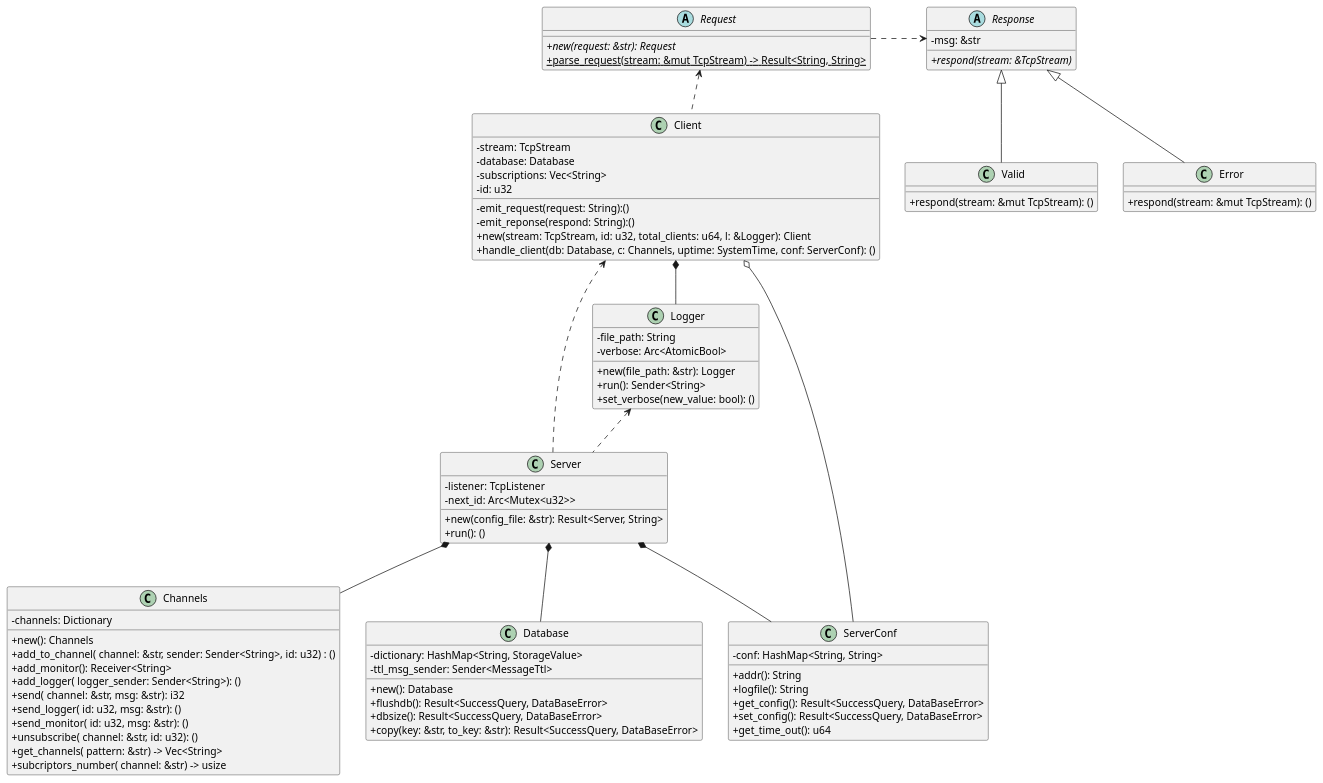
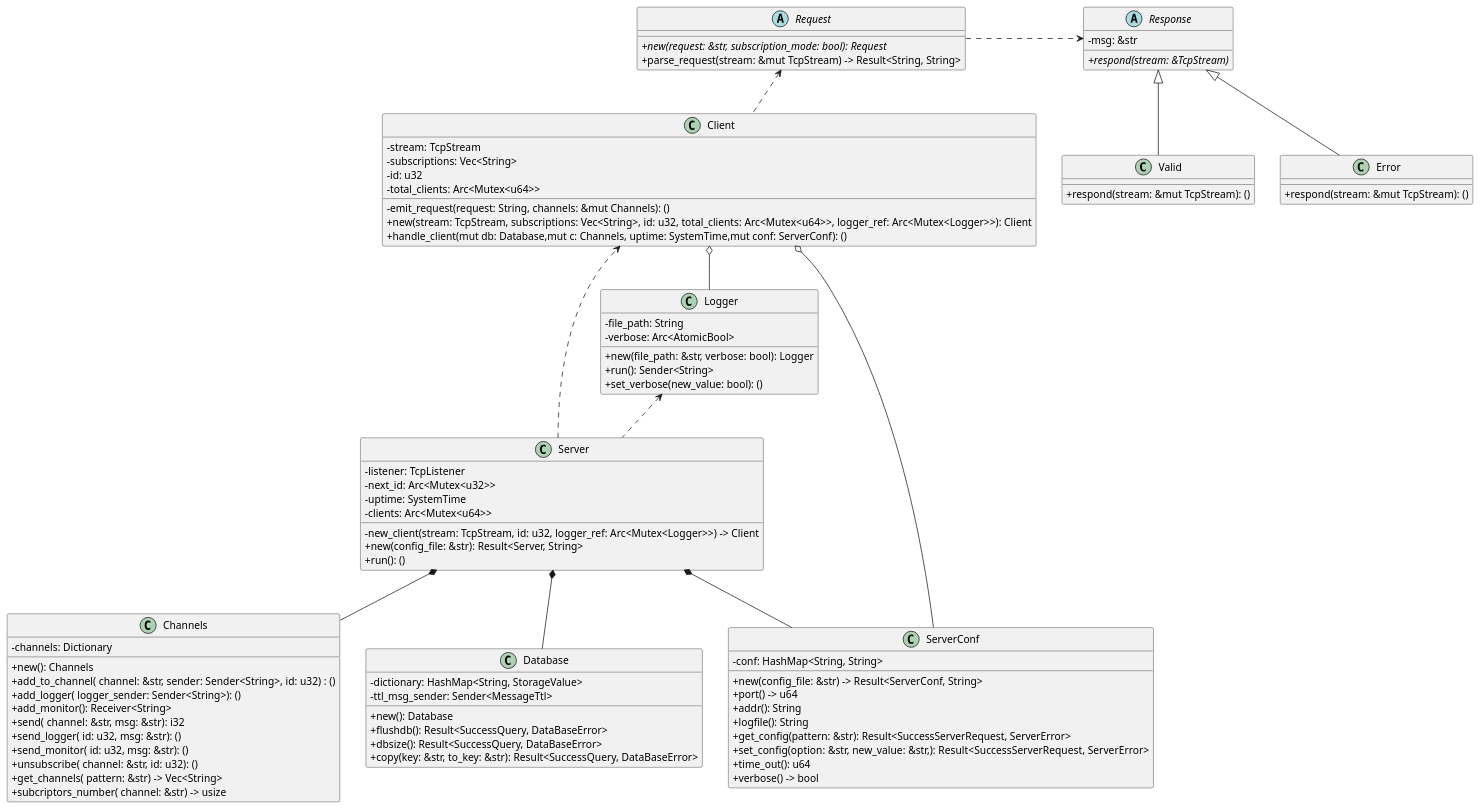
The diagram in src/Diagramas/redis.puml (taller-1-fiuba-rust/21C1-OxidadosFC), drawn with PlantUML before and after one commit.

Commit message:
update class diagram of redis

```diff
--- a/src/Diagramas/redis.puml
+++ b/src/Diagramas/redis.puml
@@ -1,101 +1,106 @@
 @startuml redis
 skinparam ClassAttributeIconSize 0
 hide interface fields
 
 abstract Response
 abstract Request
 
 Class Server {
-    -listener: TcpListener
-    -next_id: Arc<Mutex<u32>>
-    +new(config_file: &str): Result<Server, String>
+    - listener: TcpListener
+    - next_id: Arc<Mutex<u32>>
+    - uptime: SystemTime
+    - clients: Arc<Mutex<u64>>
+    - new_client(stream: TcpStream, id: u32, logger_ref: Arc<Mutex<Logger>>) -> Client
+    + new(config_file: &str): Result<Server, String>
     + run(): ()
 }
 
 Class Client{
-    -stream: TcpStream
-    -database: Database
-    -subscriptions: Vec<String>
-    -id: u32
-    -emit_request(request: String):()
-    -emit_reponse(respond: String):()
-    +new(stream: TcpStream, id: u32, total_clients: u64, l: &Logger): Client
-    +handle_client(db: Database, c: Channels, uptime: SystemTime, conf: ServerConf): ()
+    - stream: TcpStream
+    - subscriptions: Vec<String>
+    - id: u32
+    - total_clients: Arc<Mutex<u64>>
+    - emit_request(request: String, channels: &mut Channels): ()
+    + new(stream: TcpStream, subscriptions: Vec<String>, id: u32, total_clients: Arc<Mutex<u64>>, logger_ref: Arc<Mutex<Logger>>): Client
+    + handle_client(mut db: Database,mut c: Channels, uptime: SystemTime,mut conf: ServerConf): ()
 }
 
 Class Channels{
     - channels: Dictionary
     + new(): Channels
     + add_to_channel( channel: &str, sender: Sender<String>, id: u32) : ()
+    + add_logger( logger_sender: Sender<String>): ()
     + add_monitor(): Receiver<String>
-    + add_logger( logger_sender: Sender<String>): ()
     + send( channel: &str, msg: &str): i32
     + send_logger( id: u32, msg: &str): ()
     + send_monitor( id: u32, msg: &str): ()
     + unsubscribe( channel: &str, id: u32): ()
     + get_channels( pattern: &str) -> Vec<String>
     + subcriptors_number( channel: &str) -> usize
 }
 
 Class Database {
     - dictionary: HashMap<String, StorageValue>
-    -ttl_msg_sender: Sender<MessageTtl>
+    - ttl_msg_sender: Sender<MessageTtl>
     + new(): Database
     + flushdb(): Result<SuccessQuery, DataBaseError>
     + dbsize(): Result<SuccessQuery, DataBaseError>
     + copy(key: &str, to_key: &str): Result<SuccessQuery, DataBaseError>
 }
 
 Class ServerConf {
     - conf: HashMap<String, String>
+    + new(config_file: &str) -> Result<ServerConf, String>
+    + port() -> u64
     + addr(): String
     + logfile(): String
-    + get_config(): Result<SuccessQuery, DataBaseError>
-    + set_config(): Result<SuccessQuery, DataBaseError>
-    + get_time_out(): u64
+    + get_config(pattern: &str): Result<SuccessServerRequest, ServerError>
+    + set_config(option: &str, new_value: &str,): Result<SuccessServerRequest, ServerError>
+    + time_out(): u64
+    + verbose() -> bool
 }
 
 Class Logger {
     - file_path: String
     - verbose: Arc<AtomicBool>
-    + new(file_path: &str): Logger
+    + new(file_path: &str, verbose: bool): Logger
     + run(): Sender<String>
     + set_verbose(new_value: bool): ()
 }
 
 abstract Class Request {
-    +{abstract}new(request: &str): Request
-    +{static}parse_request(stream: &mut TcpStream) -> Result<String, String>
+    +{abstract}new(request: &str, subscription_mode: bool): Request
+    +parse_request(stream: &mut TcpStream) -> Result<String, String>
 }
 
 abstract Class Response {
     -msg: &str
     +{abstract}respond(stream: &TcpStream)
 }
 
 Class Valid{
     +respond(stream: &mut TcpStream): ()
 }
 
 Class Error{
     +respond(stream: &mut TcpStream): ()
 }
 
 
 Server *-- Database
 Server *-- ServerConf
 Server *-- Channels
 Server .up.> Logger
 Server .right.> Client
 
-Client *-- Logger
+Client o-- Logger
 Client .up.> Request
 Client o--ServerConf
 
 Request .right.> Response
 
 Response <|-- Valid
 Response <|-- Error
 
 
 @enduml
```
